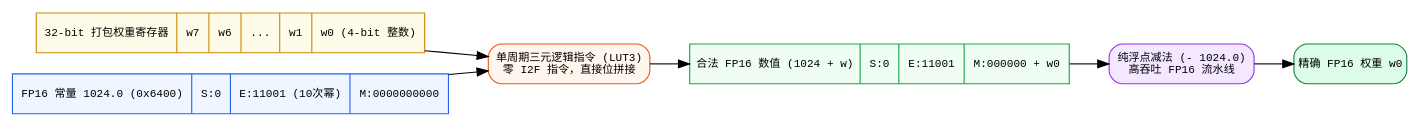
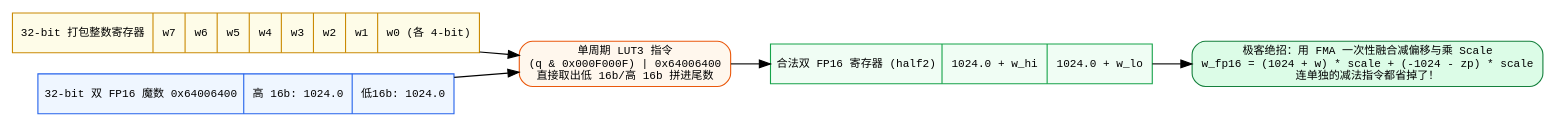
The fourth of 10 diagrams in src/content/posts/cpu-npu-operator-optimization-bithacks-numerical-codesign-guide.md (hqu-little-boy/blog), drawn with Graphviz before and after one commit. The commit also changed other lines of this file, not shown here.

````diff
--- a/src/content/posts/cpu-npu-operator-optimization-bithacks-numerical-codesign-guide.md
+++ b/src/content/posts/cpu-npu-operator-optimization-bithacks-numerical-codesign-guide.md
@@ -192,17 +211,16 @@
 ```dot
-digraph FP16Dequant {
+digraph FP16DequantDetail {
     rankdir=LR;
     node [shape=record, style="filled", fontname="monospace", fontsize=10];
 
-    INT4 [label="{32-bit 打包权重寄存器|w7|w6|...|w1|w0 (4-bit 整数)}", fillcolor="#fefce8", color="#ca8a04"];
-    MAGIC [label="{FP16 常量 1024.0 (0x6400)|S:0 | E:11001 (10次幂) | M:0000000000}", fillcolor="#eff6ff", color="#2563eb"];
-    LUT3 [label="单周期三元逻辑指令 (LUT3)\n零 I2F 指令，直接位拼接", shape=box, style="filled,rounded", fillcolor="#fff7ed", color="#ea580c"];
-    PACKED [label="{合法 FP16 数值 (1024 + w)|S:0 | E:11001 | M:000000 + w0}", fillcolor="#f0fdf4", color="#16a34a"];
-    SUB [label="纯浮点减法 (- 1024.0)\n高吞吐 FP16 流水线", shape=box, style="filled,rounded", fillcolor="#f3e8ff", color="#9333ea"];
-    OUT [label="精确 FP16 权重 w0", shape=box, style="filled,rounded", fillcolor="#dcfce7", color="#15803d"];
+    INT4 [label="{32-bit 打包整数寄存器|w7|w6|w5|w4|w3|w2|w1|w0 (各 4-bit)}", fillcolor="#fefce8", color="#ca8a04"];
+    MAGIC [label="{32-bit 双 FP16 魔数 0x64006400|高 16b: 1024.0 | 低 16b: 1024.0}", fillcolor="#eff6ff", color="#2563eb"];
+    LUT3 [label="单周期 LUT3 指令\n(q & 0x000F000F) \| 0x64006400\n直接取出低 16b/高 16b 拼进尾数", shape=box, style="filled,rounded", fillcolor="#fff7ed", color="#ea580c"];
+    PACKED [label="{合法双 FP16 寄存器 (half2)|1024.0 + w_hi | 1024.0 + w_lo}", fillcolor="#f0fdf4", color="#16a34a"];
+    FMA [label="极客绝招：用 FMA 一次性融合减偏移与乘 Scale\nw_fp16 = (1024 + w) * scale + (-1024 - zp) * scale\n连单独的减法指令都省掉了！", shape=box, style="filled,rounded", fillcolor="#dcfce7", color="#15803d"];
 
     INT4 -> LUT3;
     MAGIC -> LUT3;
-    LUT3 -> PACKED -> SUB -> OUT;
+    LUT3 -> PACKED -> FMA;
 }
 ```
````
